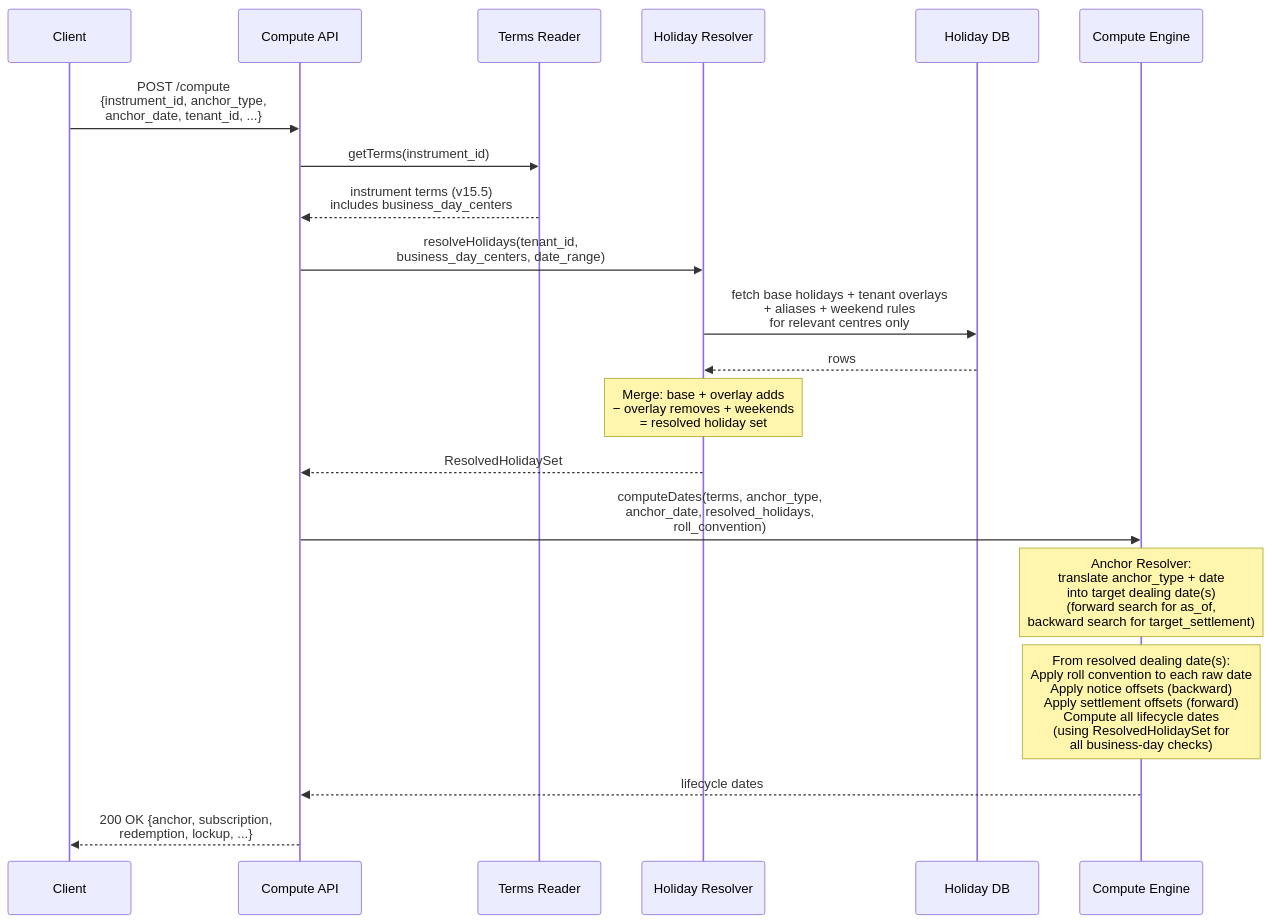
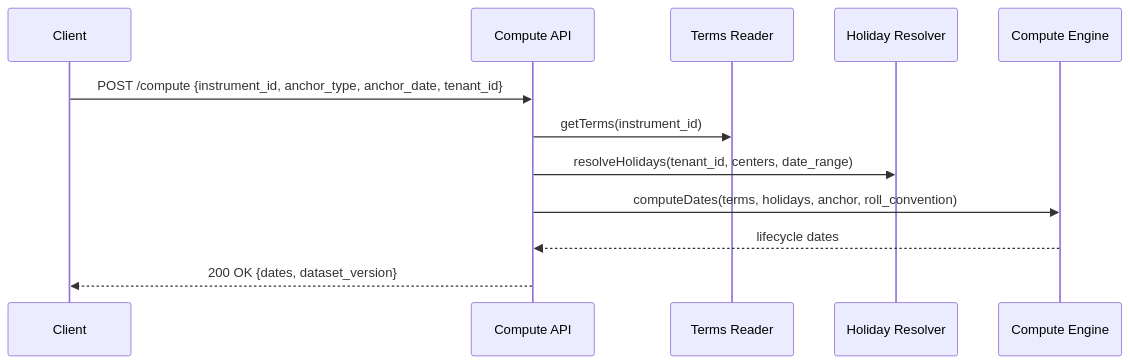
Before and after one commit to Ashu290905/OSYTE: the second of 3 diagrams in lcs-main/docs/architecture.md, drawn with Mermaid. The commit also changed other lines of this file, not shown here.

First line of the commit message:
Rewrite architecture: 3 separate APIs, simplified, examples throughout

````diff
--- a/lcs-main/docs/architecture.md
+++ b/lcs-main/docs/architecture.md
@@ -218,29 +206,15 @@
 ```mermaid
 sequenceDiagram
     participant Client
-    participant ComputeAPI as Compute API
-    participant TS as Terms Reader
-    participant HS as Holiday Resolver
-    participant DB as Holiday DB
-    participant DE as Compute Engine
+    participant API as Compute API
+    participant TR as Terms Reader
+    participant HR as Holiday Resolver
+    participant CE as Compute Engine
 
-    Client->>ComputeAPI: POST /compute<br/>{instrument_id, anchor_type,<br/> anchor_date, tenant_id, ...}
-
-    ComputeAPI->>TS: getTerms(instrument_id)
-    TS-->>ComputeAPI: instrument terms (v15.5)<br/>includes business_day_centers
-
-    ComputeAPI->>HS: resolveHolidays(tenant_id,<br/> business_day_centers, date_range)
-    HS->>DB: fetch base holidays + tenant overlays<br/>+ aliases + weekend rules<br/>for relevant centres only
-    DB-->>HS: rows
-    Note over HS: Merge: base + overlay adds<br/>− overlay removes + weekends<br/>= resolved holiday set
-    HS-->>ComputeAPI: ResolvedHolidaySet
-
-    ComputeAPI->>DE: computeDates(terms, anchor_type,<br/> anchor_date, resolved_holidays,<br/> roll_convention)
-
-    Note over DE: Anchor Resolver:<br/>translate anchor_type + date<br/>into target dealing date(s)<br/>(forward search for as_of,<br/> backward search for target_settlement)
-
-    Note over DE: From resolved dealing date(s):<br/>Apply roll convention to each raw date<br/>Apply notice offsets (backward)<br/>Apply settlement offsets (forward)<br/>Compute all lifecycle dates<br/>(using ResolvedHolidaySet for<br/> all business-day checks)
-
-    DE-->>ComputeAPI: lifecycle dates
-    ComputeAPI-->>Client: 200 OK {anchor, subscription,<br/> redemption, lockup, ...}
+    Client->>API: POST /compute {instrument_id, anchor_type, anchor_date, tenant_id}
+    API->>TR: getTerms(instrument_id)
+    API->>HR: resolveHolidays(tenant_id, centers, date_range)
+    API->>CE: computeDates(terms, holidays, anchor, roll_convention)
+    CE-->>API: lifecycle dates
+    API-->>Client: 200 OK {dates, dataset_version}
 ```
````
